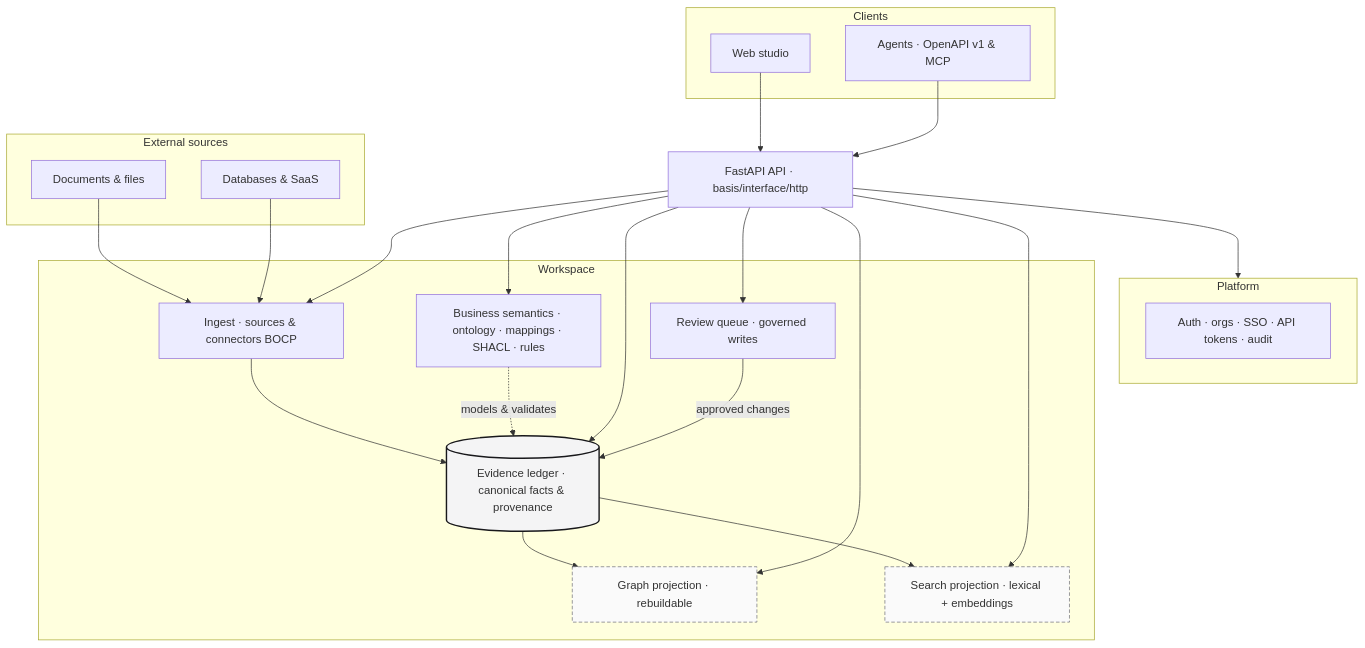
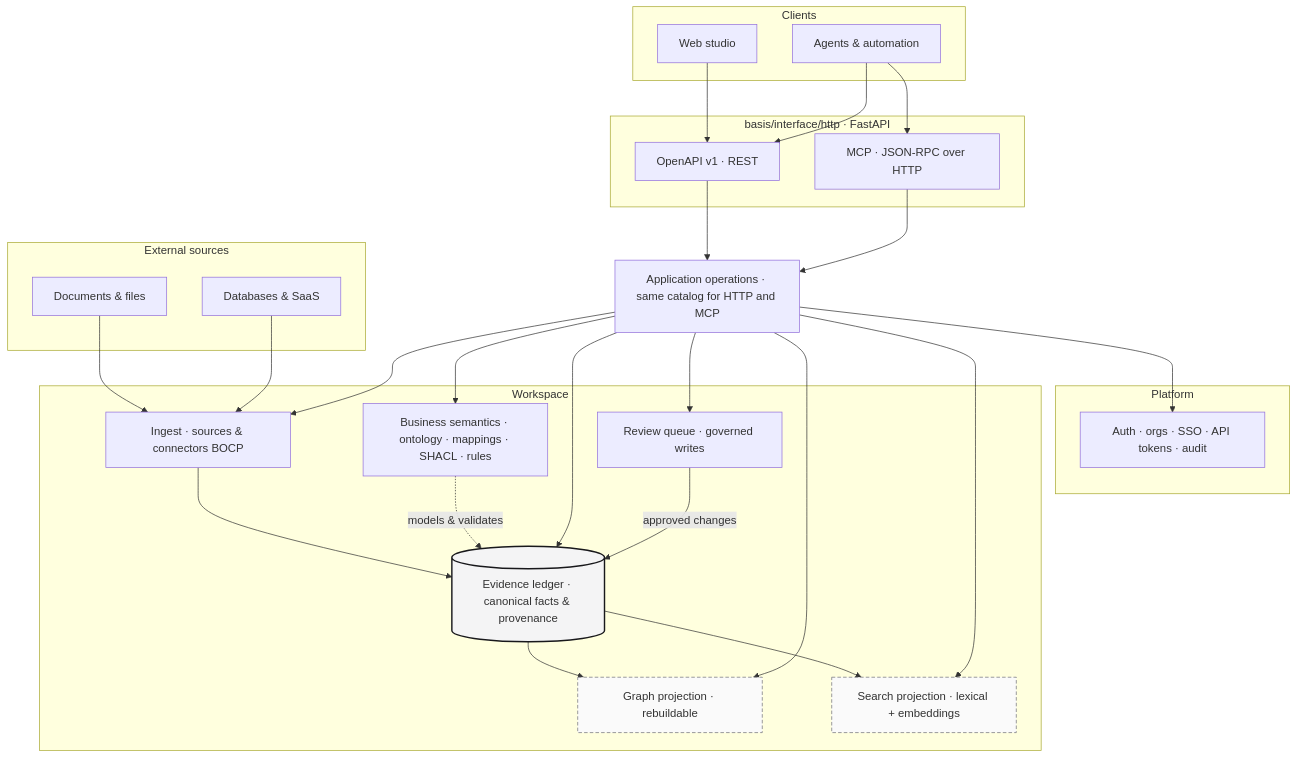
The diagram in assets/architecture.mmd (FellowOS/basis), drawn with Mermaid before and after one commit. The commit also changed 3 other files, not shown here.

First line of the commit message:
docs: embed architecture Mermaid in README, show REST and MCP

```diff
--- a/assets/architecture.mmd
+++ b/assets/architecture.mmd
@@ -1,51 +1,58 @@
-%% Basis workspace architecture (normative overview for README).
-%% Render: GitHub renders this in README; or `npx @mermaid-js/mermaid-cli -i assets/architecture.mmd -o assets/architecture.svg`
+%% Canonical diagram — keep in sync with README Features / 能力概览 mermaid blocks.
 
 flowchart TB
   subgraph external["External sources"]
     docs["Documents & files"]
     systems["Databases & SaaS"]
   end
 
   subgraph clients["Clients"]
     studio["Web studio"]
-    agents["Agents · OpenAPI v1 & MCP"]
+    agents["Agents & automation"]
   end
 
-  api["FastAPI API · basis/interface/http"]
+  subgraph apiLayer["basis/interface/http · FastAPI"]
+    rest["OpenAPI v1 · REST"]
+    mcp["MCP · JSON-RPC over HTTP"]
+  end
+
+  ops["Application operations · same catalog for HTTP and MCP"]
 
   subgraph platform["Platform"]
     plat["Auth · orgs · SSO · API tokens · audit"]
   end
 
   subgraph workspace["Workspace"]
     ingest["Ingest · sources & connectors BOCP"]
     sem["Business semantics · ontology · mappings · SHACL · rules"]
     ledger[("Evidence ledger · canonical facts & provenance")]
     review["Review queue · governed writes"]
     graphProj["Graph projection · rebuildable"]
     searchProj["Search projection · lexical + embeddings"]
   end
 
   docs --> ingest
   systems --> ingest
   ingest --> ledger
   sem -.->|"models & validates"| ledger
   ledger --> graphProj
   ledger --> searchProj
 
-  studio --> api
-  agents --> api
-  api --> platform
-  api --> ingest
-  api --> sem
-  api --> ledger
-  api --> graphProj
-  api --> searchProj
-  api --> review
+  studio --> rest
+  agents --> rest
+  agents --> mcp
+  rest --> ops
+  mcp --> ops
+  ops --> plat
+  ops --> ingest
+  ops --> sem
+  ops --> ledger
+  ops --> graphProj
+  ops --> searchProj
+  ops --> review
   review -->|"approved changes"| ledger
 
   classDef canonical fill:#f4f4f5,stroke:#18181b,stroke-width:2px
   classDef projection fill:#fafafa,stroke:#71717a,stroke-dasharray: 5 3
   class ledger canonical
   class graphProj,searchProj projection
```
